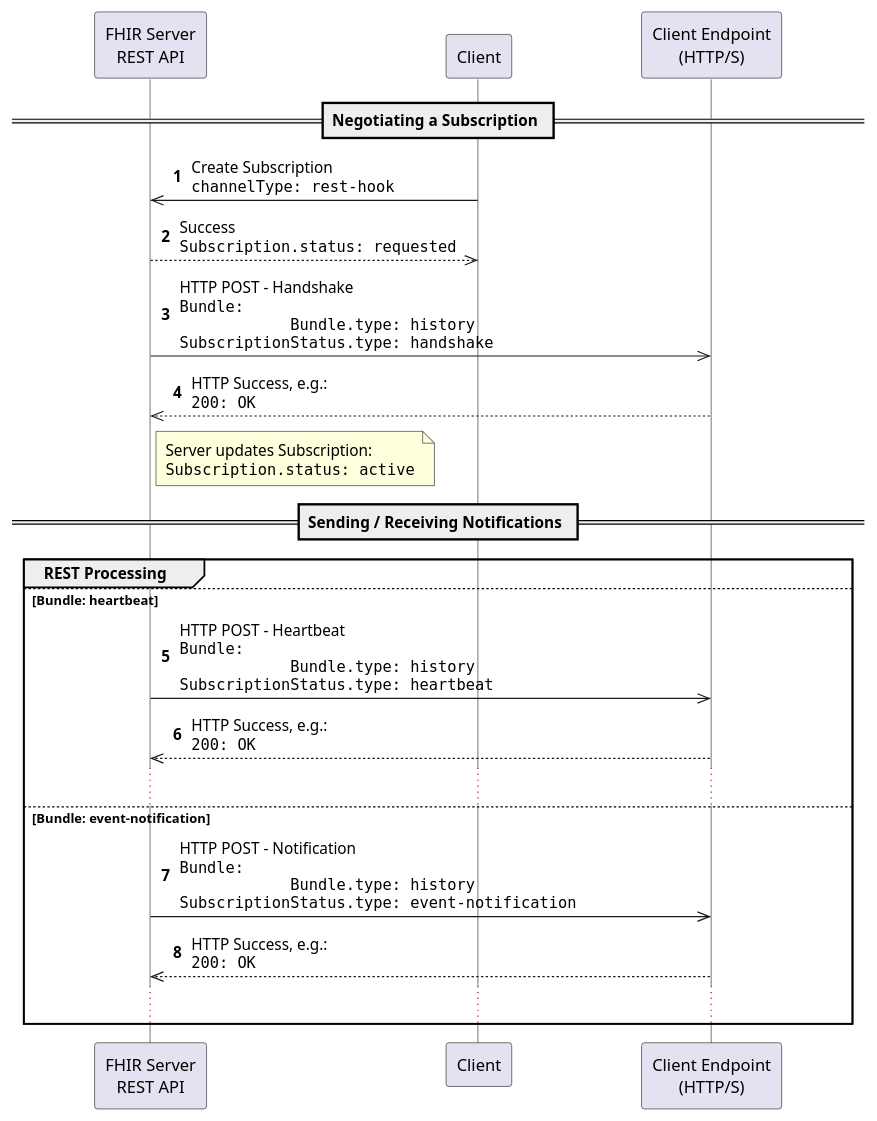
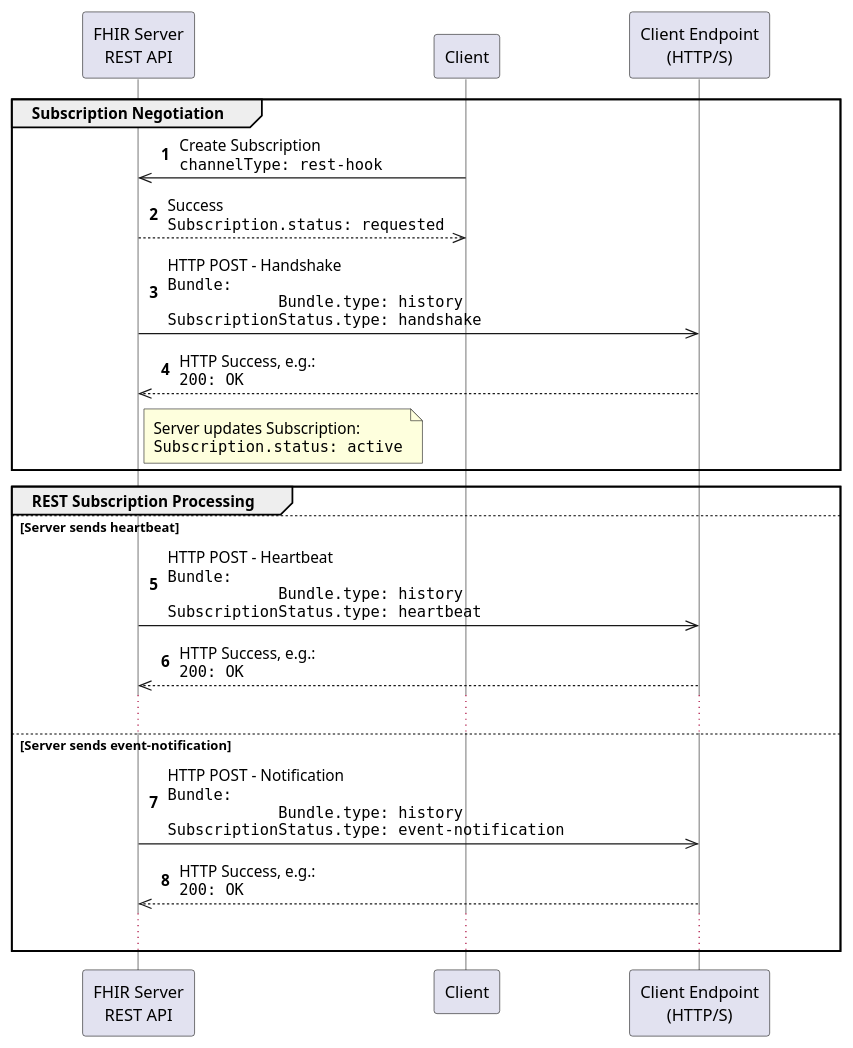
The diagram in input/images-source/channel-rest-hook.plantuml (HL7/fhir-subscription-backport-ig), drawn with PlantUML before and after one commit. The commit also changed 5 other files, not shown here.

Commit message:
FHIR-30378 : Fixed operation parameter descriptions Added authors/contributors/thanks to home page Improved clarity of diagrams.

```diff
--- a/input/images-source/channel-rest-hook.plantuml
+++ b/input/images-source/channel-rest-hook.plantuml
@@ -1,38 +1,36 @@
 @startuml
 skinparam NoteTextAlignment left
 skinparam Padding 2
 skinparam ParticipantPadding 50
 skinparam LifelineStrategy solid
 autonumber
 
 participant "FHIR Server\nREST API"     as S
 participant "Client"                    as C
 participant "Client Endpoint\n(HTTP/S)" as E
 
-== Negotiating a Subscription ==
+group Subscription Negotiation
+  C->>S: Create Subscription\n""channelType: rest-hook""
+  return Success\n""Subscription.status: requested""
 
-C->>S: Create Subscription\n""channelType: rest-hook""
-return Success\n""Subscription.status: requested""
+  S->>E: HTTP POST - Handshake\n""Bundle:""\n""            Bundle.type: history""\n""SubscriptionStatus.type: handshake""
+  return HTTP Success, e.g.:\n""200: OK""
 
-S->>E: HTTP POST - Handshake\n""Bundle:""\n""            Bundle.type: history""\n""SubscriptionStatus.type: handshake""
-return HTTP Success, e.g.:\n""200: OK""
+  note right of S
+    Server updates Subscription:
+    ""Subscription.status: active""
+  end note
+end
 
-note right of S
-  Server updates Subscription:
-  ""Subscription.status: active""
-end note
-
-== Sending / Receiving Notifications ==
-
-group REST Processing
-else Bundle: heartbeat
+group REST Subscription Processing
+else Server sends heartbeat
   S->>E: HTTP POST - Heartbeat\n""Bundle:""\n""            Bundle.type: history""\n""SubscriptionStatus.type: heartbeat""
   return HTTP Success, e.g.:\n""200: OK""
   ...
-else Bundle: event-notification
+else Server sends event-notification
   S->>E: HTTP POST - Notification\n""Bundle:""\n""            Bundle.type: history""\n""SubscriptionStatus.type: event-notification""
   return HTTP Success, e.g.:\n""200: OK""
   ...
 end
 
 @enduml
```
